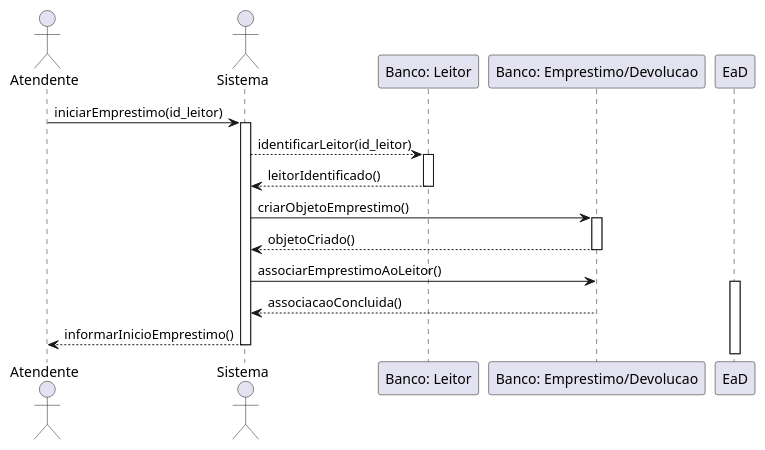
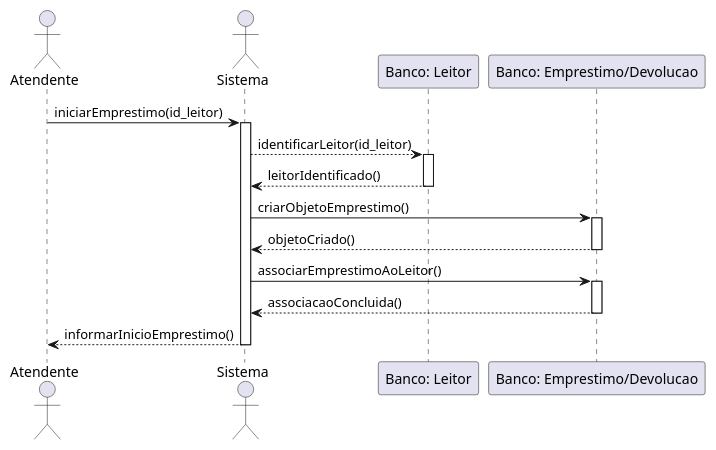
The diagram in iniciar-emprestimo.puml (brunobmello25/projeto-de-software-individual), drawn with PlantUML before and after one commit.

```diff
--- a/iniciar-emprestimo.puml
+++ b/iniciar-emprestimo.puml
@@ -1,30 +1,30 @@
 @startuml
 
 actor "Atendente" as A
 actor "Sistema" as S
 participant "Banco: Leitor" as L
 participant "Banco: Emprestimo/Devolucao" as ED
 
 A -> S : iniciarEmprestimo(id_leitor)
 activate S
 
 S --> L : identificarLeitor(id_leitor)
 activate L
 L --> S : leitorIdentificado()
 deactivate L
 
 S -> ED : criarObjetoEmprestimo()
 activate ED
 ED --> S : objetoCriado()
 deactivate ED
 
 S -> ED : associarEmprestimoAoLeitor()
-activate EaD
+activate ED
 ED --> S : associacaoConcluida()
 deactivate ED
 
 S --> A : informarInicioEmprestimo()
 
 deactivate S
 
 @enduml
```
